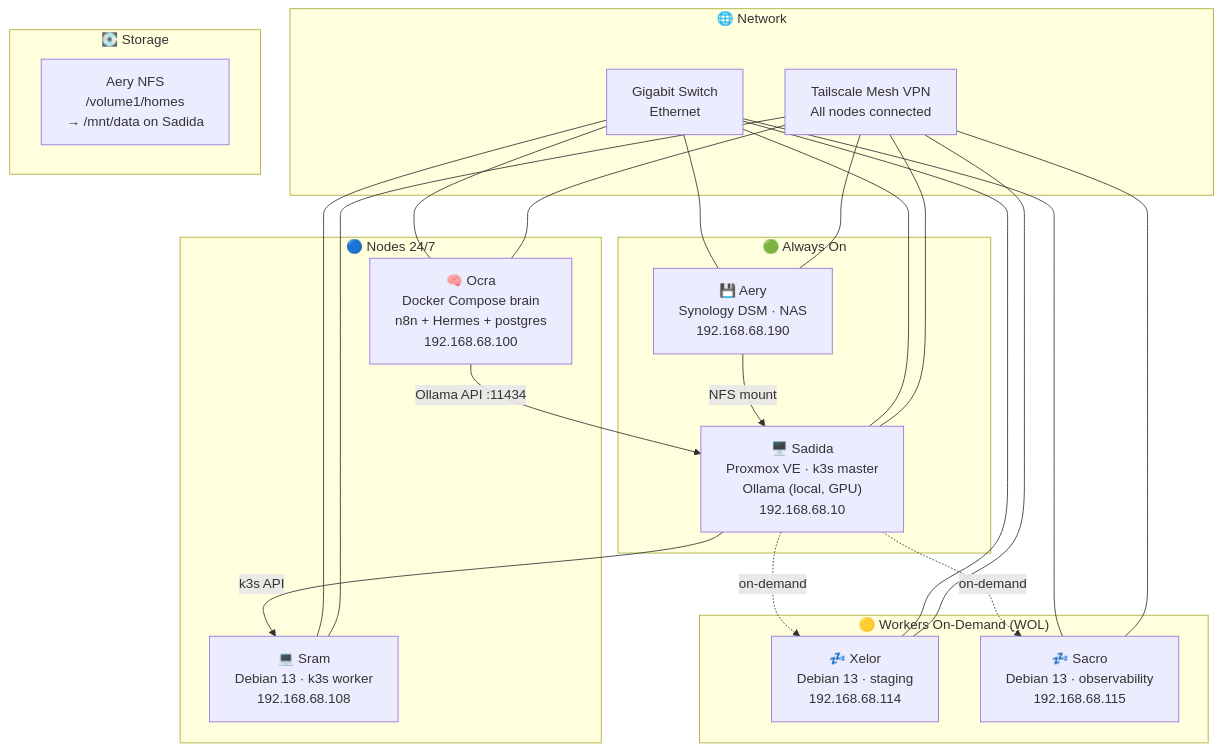
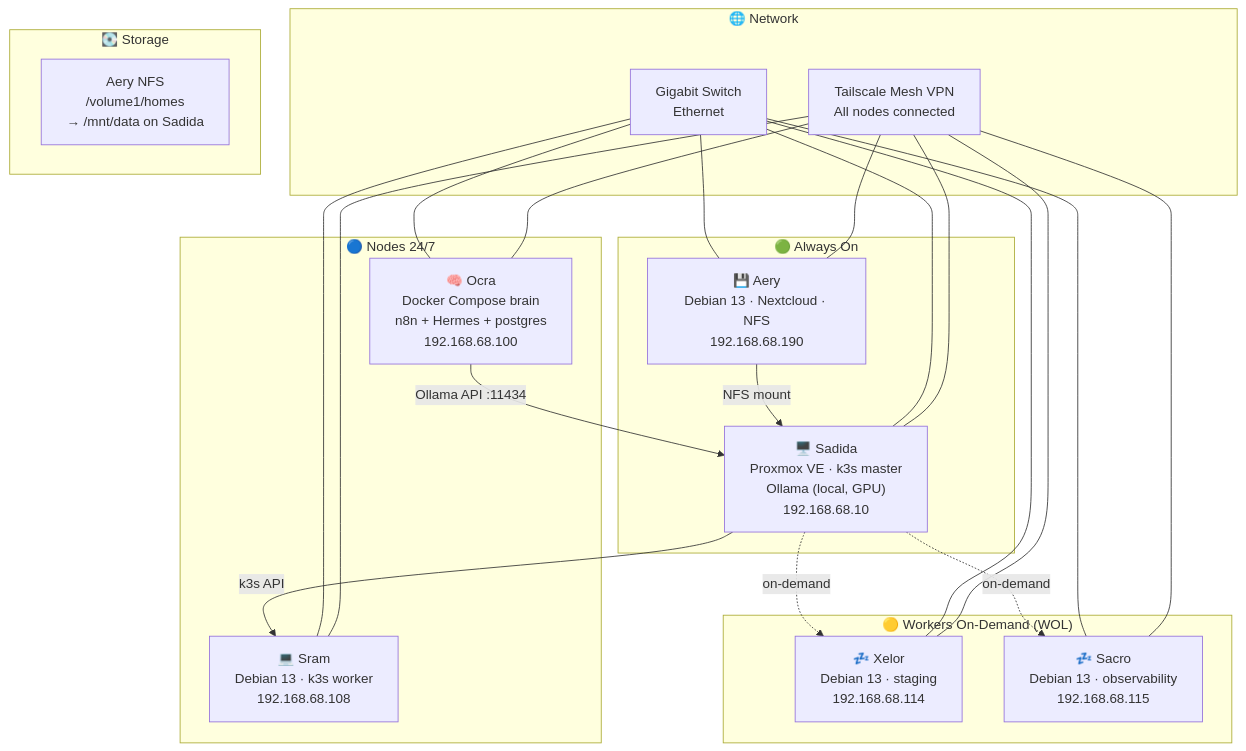
The first of 4 diagrams in README.md (SethSterling22/HomeLab_Architecture), drawn with Mermaid before and after one commit. The commit also changed other lines of this file and 19 other files, not shown here.

````diff
--- a/README.md
+++ b/README.md
@@ -100,46 +129,46 @@
 ```mermaid
 graph TB
     subgraph always_on["🟢 Always On"]
         SADIDA["🖥️ Sadida\nProxmox VE · k3s master\nOllama (local, GPU)\n192.168.68.10"]
-        AERY["💾 Aery\nSynology DSM · NAS\n192.168.68.190"]
+        AERY["💾 Aery\nDebian 13 · Nextcloud · NFS\n192.168.68.190"]
     end
 
     subgraph workers_24["🔵 Nodes 24/7"]
         OCRA["🧠 Ocra\nDocker Compose brain\nn8n + Hermes + postgres\n192.168.68.100"]
         SRAM["💻 Sram\nDebian 13 · k3s worker\n192.168.68.108"]
     end
 
     subgraph workers_od["🟡 Workers On-Demand (WOL)"]
         XELOR["💤 Xelor\nDebian 13 · staging\n192.168.68.114"]
         SACRO["💤 Sacro\nDebian 13 · observability\n192.168.68.115"]
     end
 
     subgraph network["🌐 Network"]
         SWITCH["Gigabit Switch\nEthernet"]
         TAILSCALE["Tailscale Mesh VPN\nAll nodes connected"]
     end
 
     subgraph storage["💽 Storage"]
         NFS["Aery NFS\n/volume1/homes\n→ /mnt/data on Sadida"]
     end
 
     OCRA -->|Ollama API :11434| SADIDA
     SADIDA -->|k3s API| SRAM
     SADIDA -.->|on-demand| XELOR
     SADIDA -.->|on-demand| SACRO
     AERY -->|NFS mount| SADIDA
 
     SWITCH --- SADIDA
     SWITCH --- AERY
     SWITCH --- SRAM
     SWITCH --- OCRA
     SWITCH --- XELOR
     SWITCH --- SACRO
 
     TAILSCALE --- SADIDA
     TAILSCALE --- SRAM
     TAILSCALE --- OCRA
     TAILSCALE --- XELOR
     TAILSCALE --- SACRO
     TAILSCALE --- AERY
 ```
````
